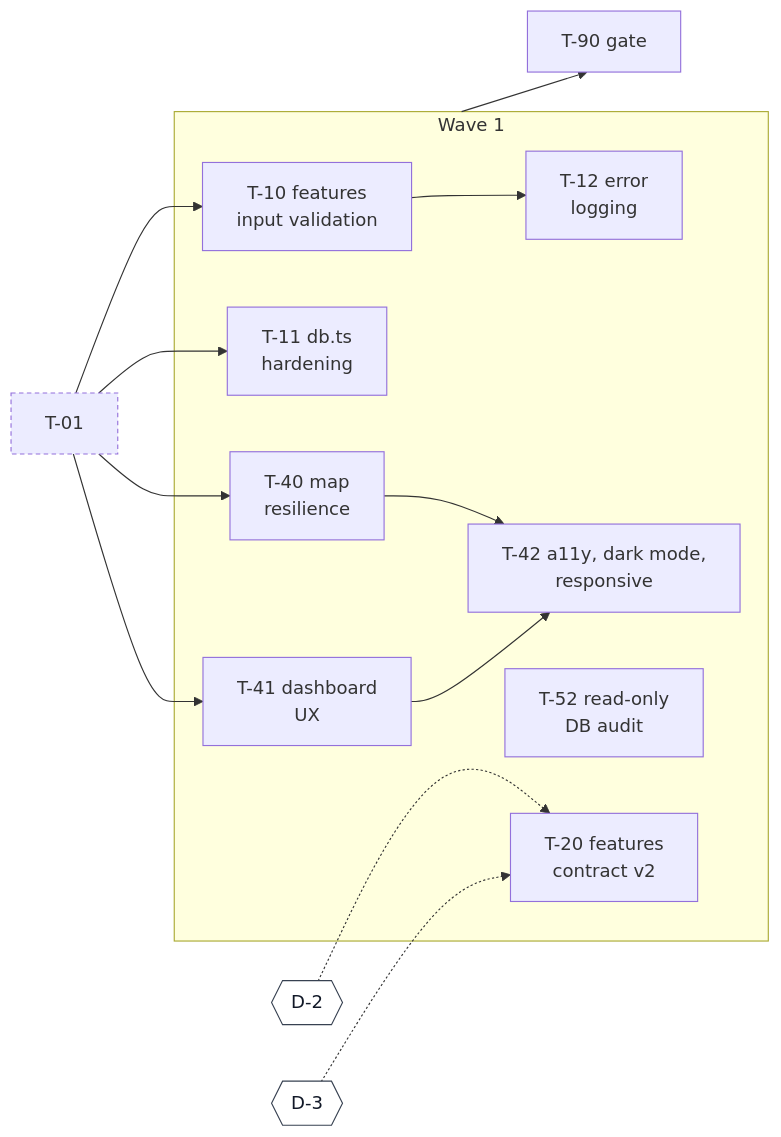
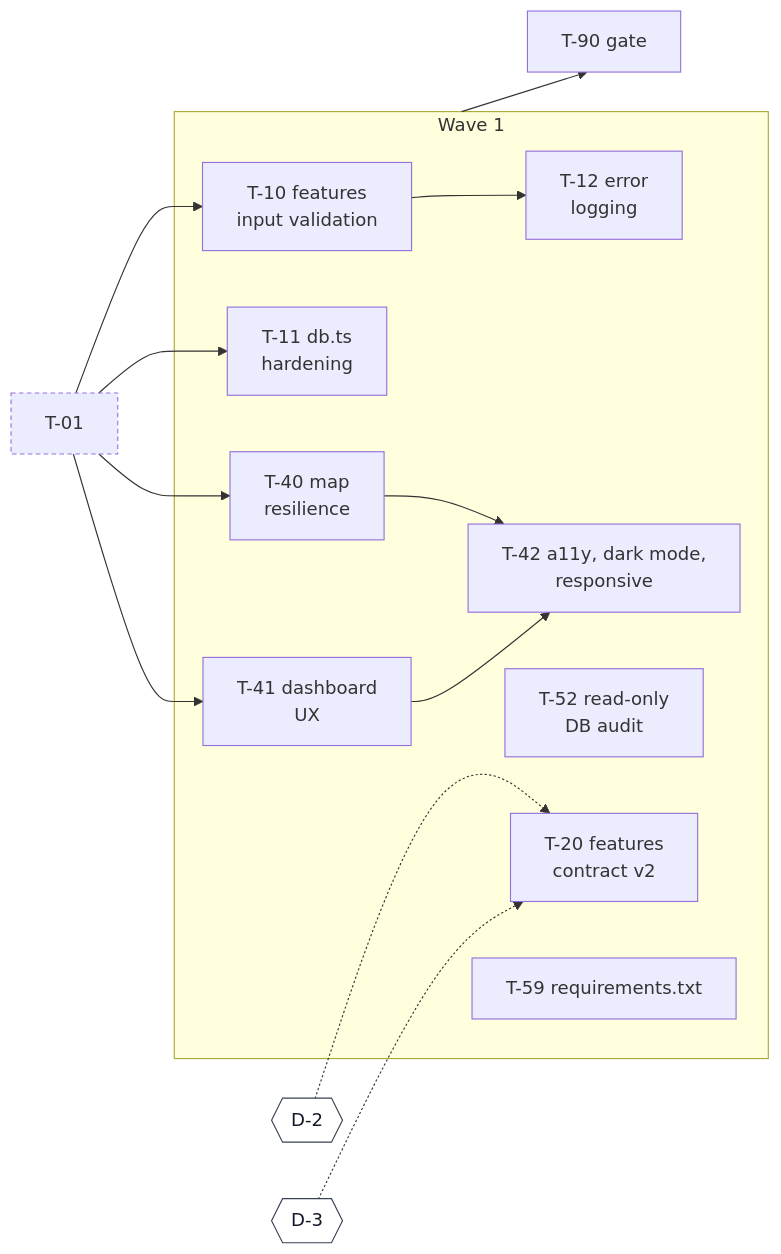
One commit to adrianfarhat/orlando-infrastructure-etl changed the second of 7 diagrams in docs/agents/development-status.md. Above: the diagram before and after it, drawn with Mermaid. The commit also changed other lines of this file and 3 other files, not shown here.

````diff
--- a/docs/agents/development-status.md
+++ b/docs/agents/development-status.md
@@ -57,33 +57,34 @@
 ```mermaid
 flowchart LR
   %% diagram-type: dependency
   T01p["T-01"]
   D2{{"D-2"}}
   D3{{"D-3"}}
   subgraph W1["Wave 1"]
     T10["T-10 features<br/>input validation"]
     T11["T-11 db.ts<br/>hardening"]
     T12["T-12 error<br/>logging"]
     T40["T-40 map<br/>resilience"]
     T41["T-41 dashboard<br/>UX"]
     T42["T-42 a11y, dark mode,<br/>responsive"]
     T52["T-52 read-only<br/>DB audit"]
     T20["T-20 features<br/>contract v2"]
+    T59["T-59 requirements.txt"]
   end
   G1["T-90 gate"]
   T01p --> T10
   T01p --> T11
   T01p --> T40
   T01p --> T41
   T10 --> T12
   T40 --> T42
   T41 --> T42
   D2 -.-> T20
   D3 -.-> T20
   W1 --> G1
 
   classDef decision fill:#ffffff,stroke:#374151,color:#111827
   classDef otherwave stroke-dasharray:4 3
   class D2,D3 decision
   class T01p otherwave
 ```
````
